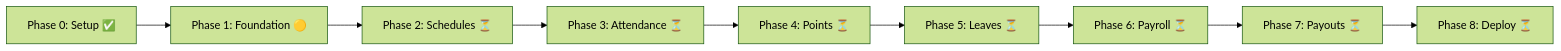
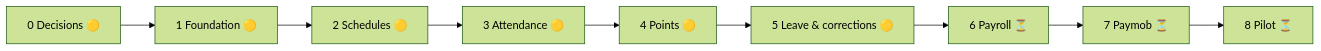
One commit to Mohand-Hatem/CheckPoint changed the diagram in README.md. Above: the diagram before and after it, drawn with Mermaid (forest theme). The commit also changed other lines of this file and 3 other files, not shown here.

````diff
--- a/README.md
+++ b/README.md
@@ -13,11 +13,11 @@
 ```mermaid
 flowchart LR
-  P0["Phase 0: Setup ✅"] --> P1["Phase 1: Foundation 🟡"]
-  P1 --> P2["Phase 2: Schedules ⏳"]
-  P2 --> P3["Phase 3: Attendance ⏳"]
-  P3 --> P4["Phase 4: Points ⏳"]
-  P4 --> P5["Phase 5: Leaves ⏳"]
-  P5 --> P6["Phase 6: Payroll ⏳"]
-  P6 --> P7["Phase 7: Payouts ⏳"]
-  P7 --> P8["Phase 8: Deploy ⏳"]
+  P0["0 Decisions 🟡"] --> P1["1 Foundation 🟡"]
+  P1 --> P2["2 Schedules 🟡"]
+  P2 --> P3["3 Attendance 🟡"]
+  P3 --> P4["4 Points 🟡"]
+  P4 --> P5["5 Leave & corrections 🟡"]
+  P5 --> P6["6 Payroll ⏳"]
+  P6 --> P7["7 Paymob ⏳"]
+  P7 --> P8["8 Pilot ⏳"]
 ```
````
